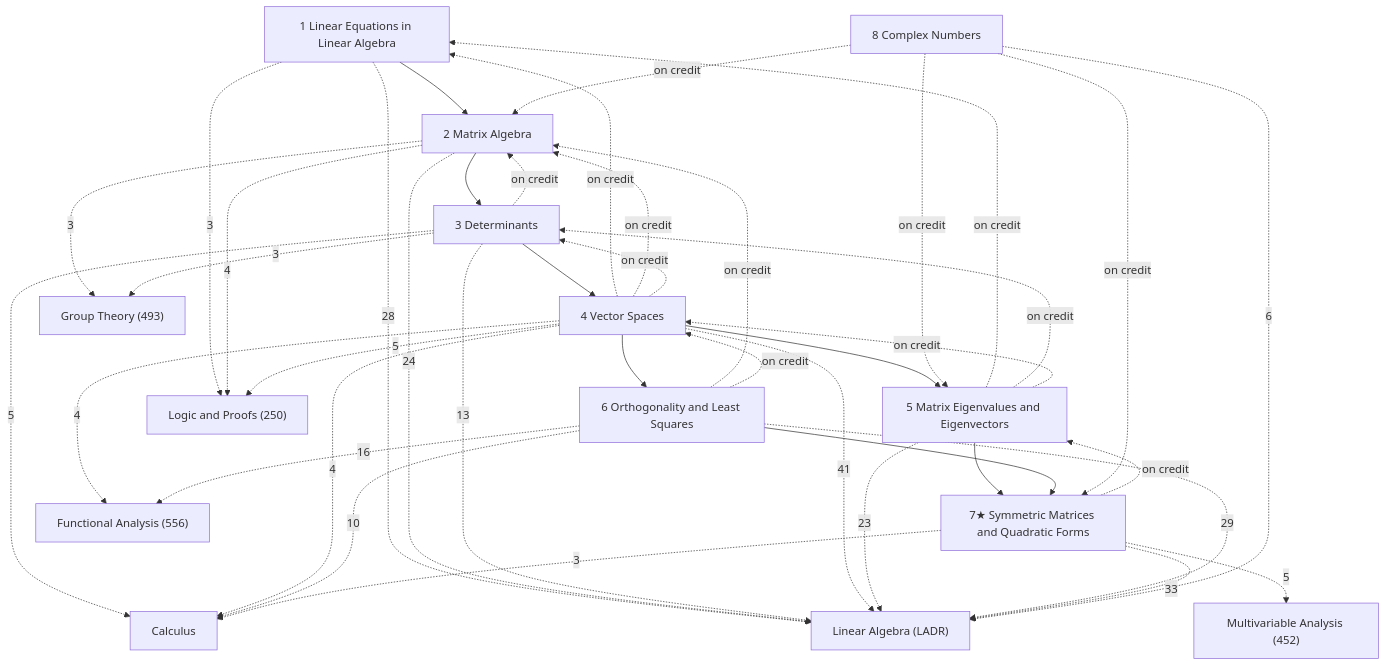
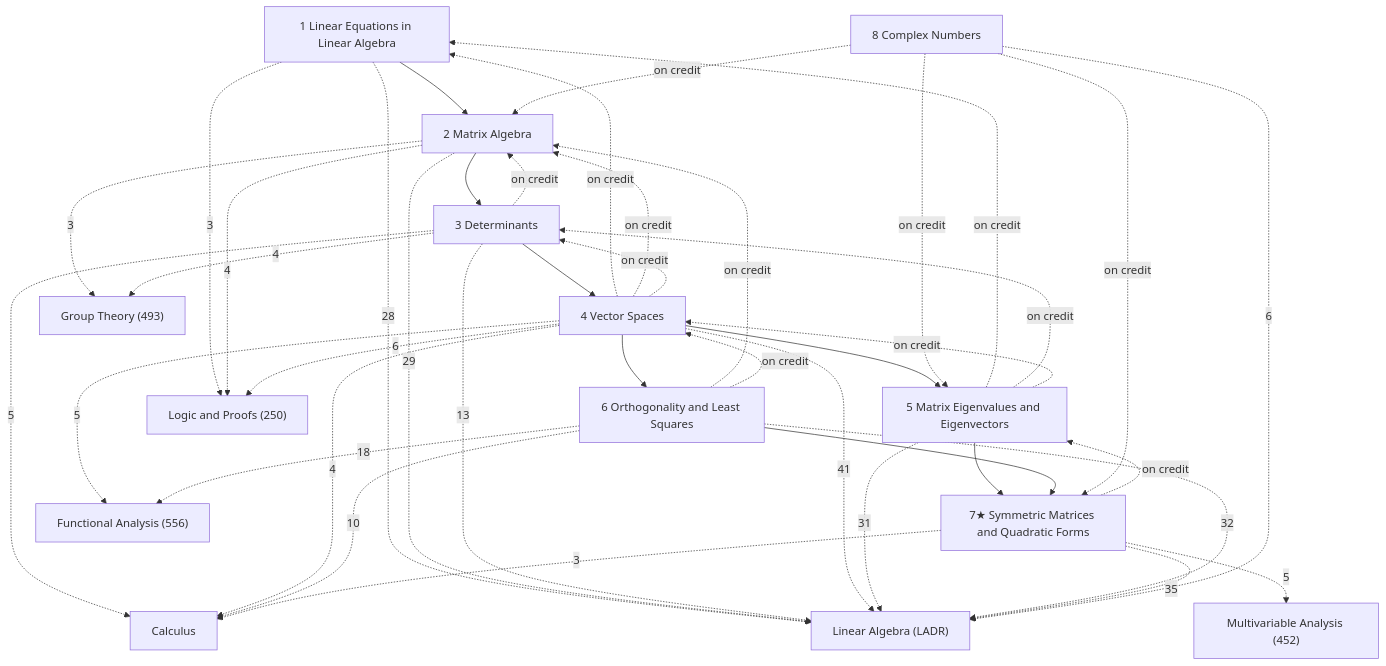
Before and after one commit to Onion20040508/notes: the diagram in Applied Math/Applied Linear Algebra/Applied Linear Algebra.md, drawn with Mermaid. The commit also changed other lines of this file and 366 other files, not shown here.

````diff
--- a/Applied Math/Applied Linear Algebra/Applied Linear Algebra.md
+++ b/Applied Math/Applied Linear Algebra/Applied Linear Algebra.md
@@ -20,57 +20,57 @@
 ```mermaid
 graph TD
   C1["1 Linear Equations in Linear Algebra"]
   C2["2 Matrix Algebra"]
   C3["3 Determinants"]
   C4["4 Vector Spaces"]
   C5["5 Matrix Eigenvalues and Eigenvectors"]
   C6["6 Orthogonality and Least Squares"]
   C7["7★ Symmetric Matrices and Quadratic Forms"]
   C8["8 Complex Numbers"]
   X1["Linear Algebra (LADR)"]
   X2["Group Theory (493)"]
   X3["Logic and Proofs (250)"]
   X4["Functional Analysis (556)"]
   X5["Multivariable Analysis (452)"]
   X6["Calculus"]
   C1 --> C2
   C2 --> C3
   C3 --> C4
   C4 --> C5
   C4 --> C6
   C5 --> C7
   C6 --> C7
   C3 -.->|on credit| C2
   C4 -.->|on credit| C1
   C4 -.->|on credit| C2
   C4 -.->|on credit| C3
   C5 -.->|on credit| C1
   C5 -.->|on credit| C3
   C5 -.->|on credit| C4
   C6 -.->|on credit| C2
   C6 -.->|on credit| C4
   C7 -.->|on credit| C5
   C8 -.->|on credit| C2
   C8 -.->|on credit| C5
   C8 -.->|on credit| C7
   C1 -.->|28| X1
   C1 -.->|3| X3
   C2 -.->|3| X2
-  C2 -.->|24| X1
+  C2 -.->|29| X1
   C2 -.->|4| X3
   C3 -.->|5| X6
-  C3 -.->|3| X2
+  C3 -.->|4| X2
   C3 -.->|13| X1
   C4 -.->|4| X6
-  C4 -.->|4| X4
+  C4 -.->|5| X4
   C4 -.->|41| X1
-  C4 -.->|5| X3
-  C5 -.->|23| X1
+  C4 -.->|6| X3
+  C5 -.->|31| X1
   C6 -.->|10| X6
-  C6 -.->|16| X4
-  C6 -.->|29| X1
+  C6 -.->|18| X4
+  C6 -.->|32| X1
   C7 -.->|3| X6
-  C7 -.->|33| X1
+  C7 -.->|35| X1
   C7 -.->|5| X5
   C8 -.->|6| X1
 ```
````
